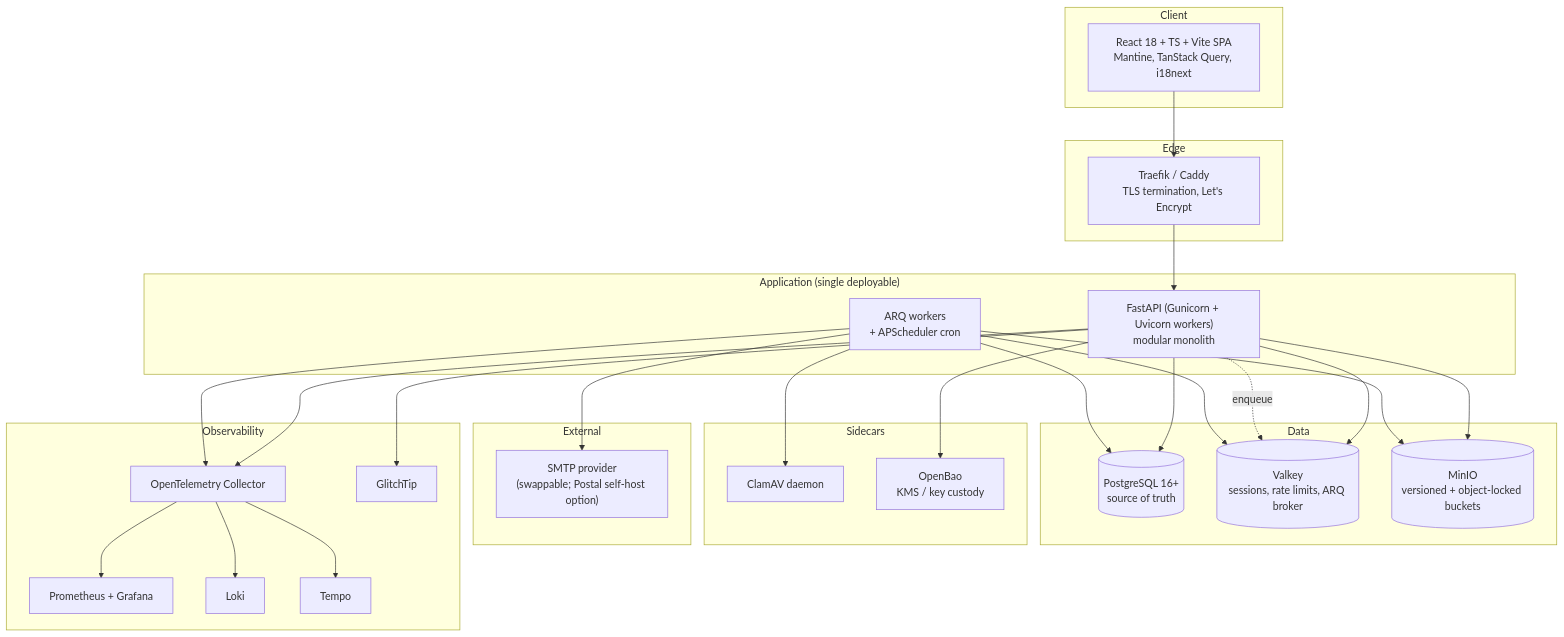
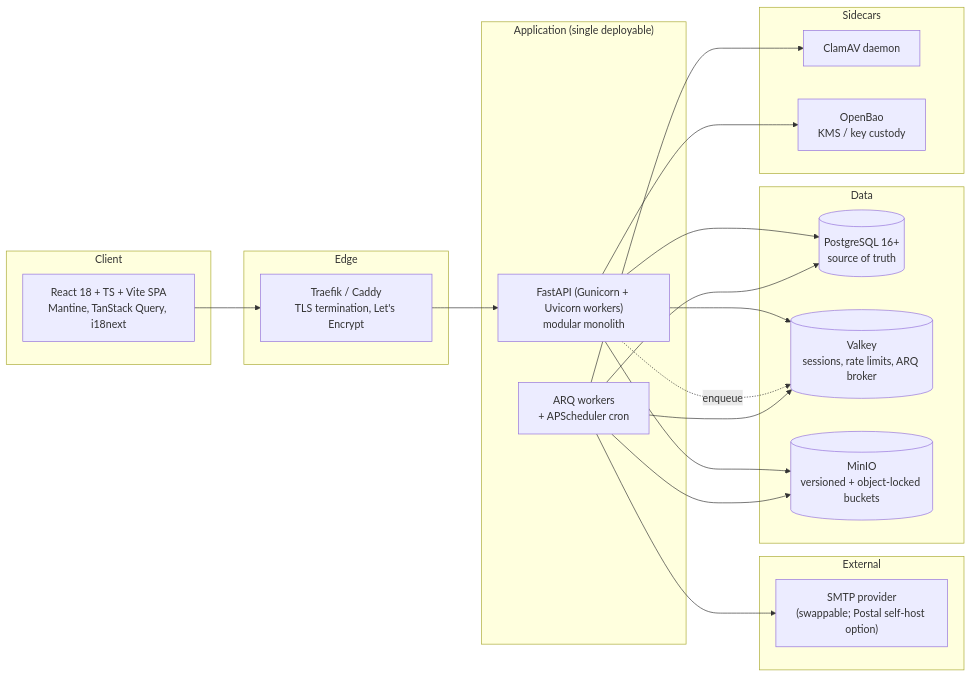
One commit to AminMasharqa/hasoublabs-recruitment-platform changed the first of 11 diagrams in .kiro/specs/hasoublab-recruitment-platform/design.md. Above: the diagram before and after it, drawn with Mermaid. The commit also changed other lines of this file, not shown here.

````diff
--- a/.kiro/specs/hasoublab-recruitment-platform/design.md
+++ b/.kiro/specs/hasoublab-recruitment-platform/design.md
@@ -61,56 +63,44 @@
 ```mermaid
-graph TB
+flowchart LR
     subgraph Client
         SPA["React 18 + TS + Vite SPA<br/>Mantine, TanStack Query, i18next"]
     end
 
     subgraph Edge
         ING["Traefik / Caddy<br/>TLS termination, Let's Encrypt"]
     end
 
     subgraph App["Application (single deployable)"]
         API["FastAPI (Gunicorn + Uvicorn workers)<br/>modular monolith"]
         WORKER["ARQ workers<br/>+ APScheduler cron"]
     end
 
     subgraph Data
         PG[("PostgreSQL 16+<br/>source of truth")]
         VK[("Valkey<br/>sessions, rate limits, ARQ broker")]
         MINIO[("MinIO<br/>versioned + object-locked buckets")]
     end
 
     subgraph Sidecars
         CLAM["ClamAV daemon"]
         BAO["OpenBao<br/>KMS / key custody"]
     end
 
     subgraph External
         SMTP["SMTP provider<br/>(swappable; Postal self-host option)"]
     end
 
-    subgraph Observability
-        OTEL["OpenTelemetry Collector"]
-        PROM["Prometheus + Grafana"]
-        LOKI["Loki"]
-        TEMPO["Tempo"]
-        GT["GlitchTip"]
-    end
+    SPA --> ING --> API
 
-    SPA --> ING --> API
     API --> PG
     API --> VK
     API --> MINIO
     API --> BAO
     API -. "enqueue" .-> VK
+
     WORKER --> VK
     WORKER --> PG
     WORKER --> MINIO
     WORKER --> CLAM
     WORKER --> SMTP
-    API --> OTEL
-    WORKER --> OTEL
-    OTEL --> PROM
-    OTEL --> LOKI
-    OTEL --> TEMPO
-    API --> GT
 ```
````
